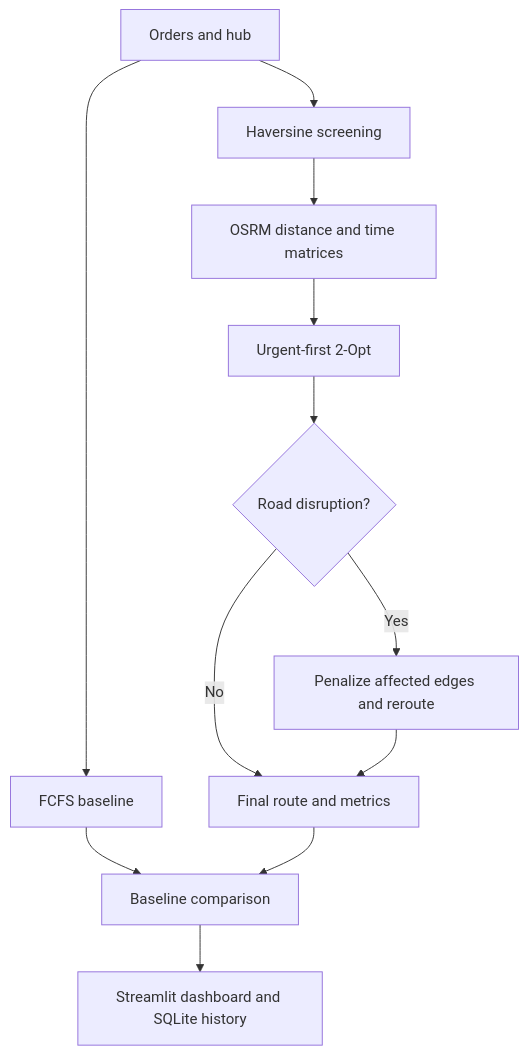
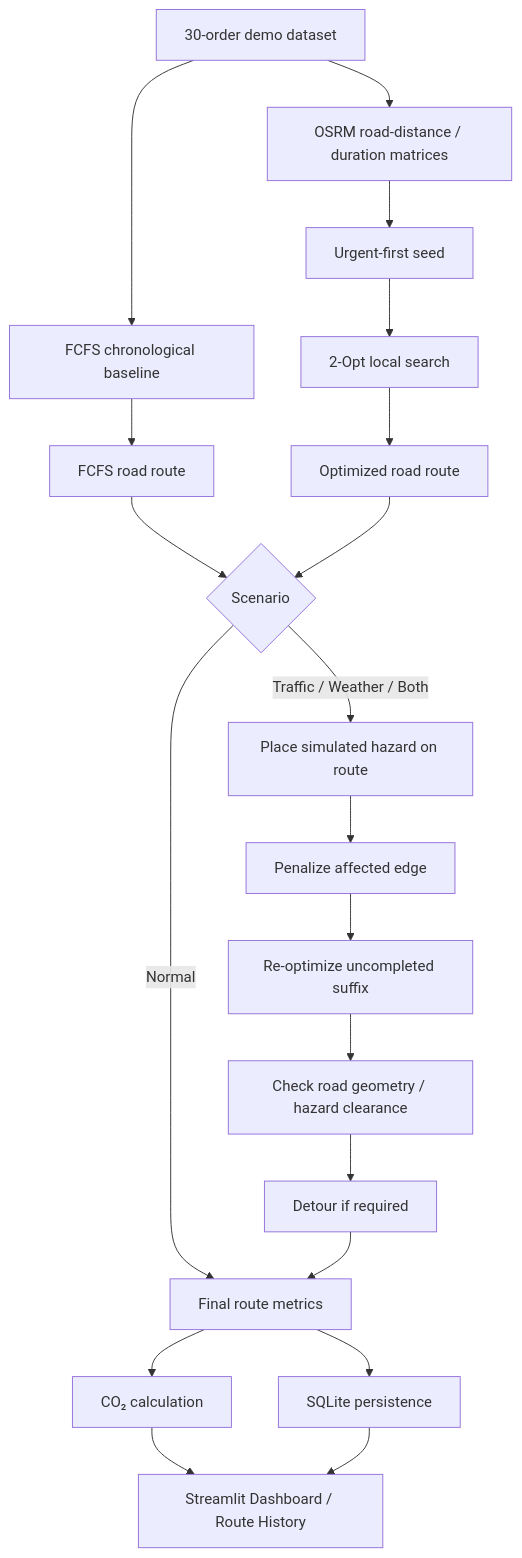
Before and after one commit to gaoxanh/last-mile-route-optimization: the diagram in README.md, drawn with Mermaid. The commit also changed other lines of this file, not shown here.

Commit message:
Restructure README around completed routing architecture and scope

````diff
--- a/README.md
+++ b/README.md
@@ -22,14 +88,22 @@
-```mermaid
+~~~mermaid
 flowchart TD
-    A["Orders and hub"] --> B["FCFS baseline"]
-    A --> C["Haversine screening"]
-    C --> D["OSRM distance and time matrices"]
-    D --> E["Urgent-first 2-Opt"]
-    E --> F{"Road disruption?"}
-    F -- No --> H["Final route and metrics"]
-    F -- Yes --> G["Penalize affected edges and reroute"]
+    A["30-order demo dataset"] --> B["FCFS chronological baseline"]
+    A --> C["OSRM road-distance / duration matrices"]
+    C --> D["Urgent-first seed"]
+    D --> E["2-Opt local search"]
+    B --> F["FCFS road route"]
+    E --> G["Optimized road route"]
+    F --> H{"Scenario"}
     G --> H
-    B --> I["Baseline comparison"]
-    H --> I
-    I --> J["Streamlit dashboard and SQLite history"]
-```
+    H -- "Normal" --> I["Final route metrics"]
+    H -- "Traffic / Weather / Both" --> J["Place simulated hazard on route"]
+    J --> K["Penalize affected edge"]
+    K --> L["Re-optimize uncompleted suffix"]
+    L --> M["Check road geometry / hazard clearance"]
+    M --> N["Detour if required"]
+    N --> I
+    I --> O["CO₂ calculation"]
+    I --> P["SQLite persistence"]
+    O --> Q["Streamlit Dashboard / Route History"]
+    P --> Q
+~~~
````
